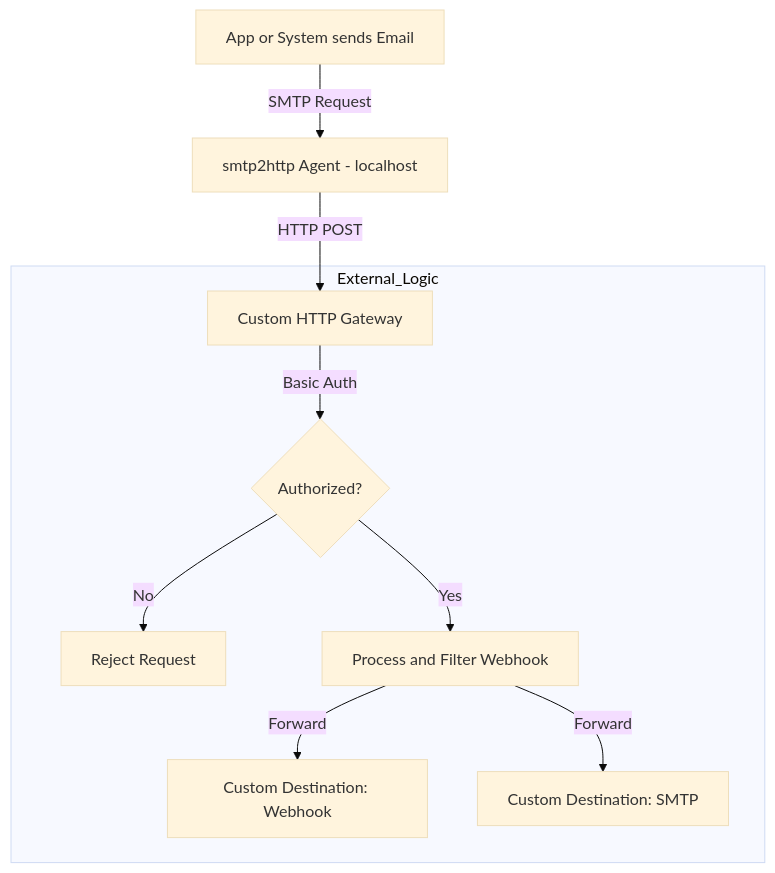
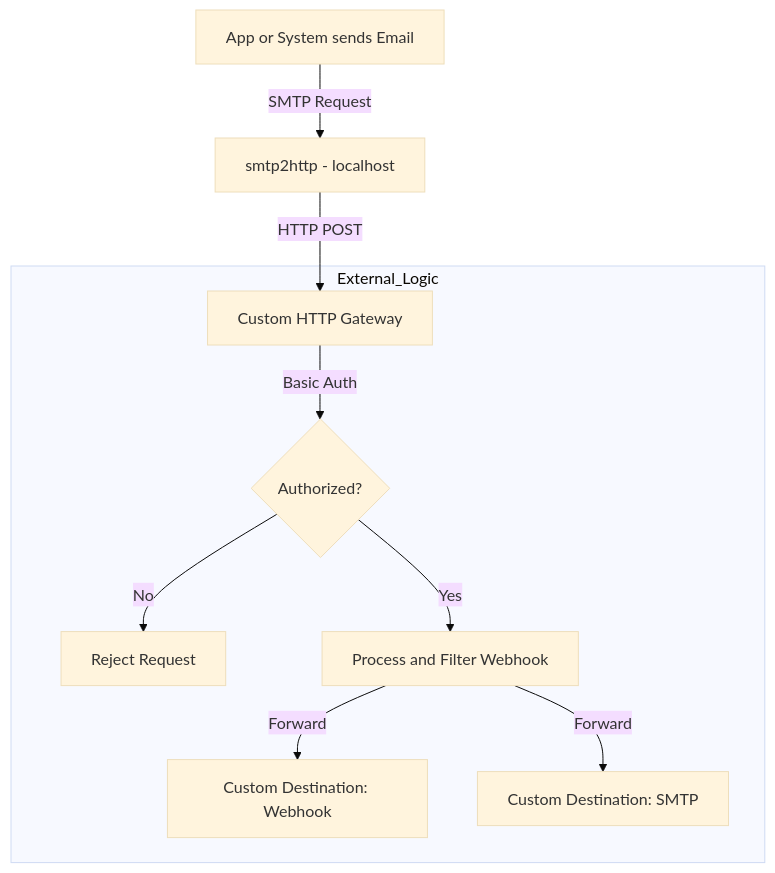
Before and after one commit to markterence/smtp2http: the diagram in README.md, drawn with Mermaid (base theme). The commit also changed other lines of this file, not shown here.

````diff
--- a/README.md
+++ b/README.md
@@ -173,23 +173,23 @@
 ```mermaid
 flowchart TD
     A[App or System sends Email]
-    B[smtp2http Agent - localhost]
+    B[smtp2http - localhost]
 
     subgraph External_Logic
         C[Custom HTTP Gateway]
         D{Authorized?}
         E[Reject Request]
         F[Process and Filter Webhook]
         G1[Custom Destination: Webhook]
         G2[Custom Destination: SMTP]
     end
 
     A -->|SMTP Request| B
     B -->|HTTP POST| C
     C -->|Basic Auth| D
     D -- No --> E
     D -- Yes --> F
     F -->|Forward| G1
     F -->|Forward| G2
 
 ```
````
